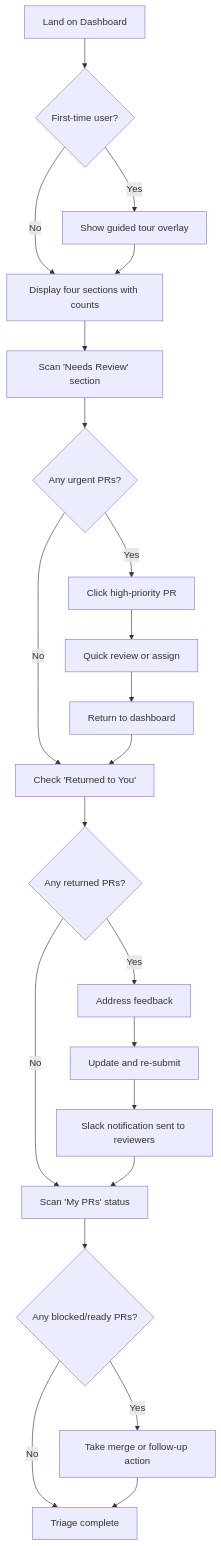
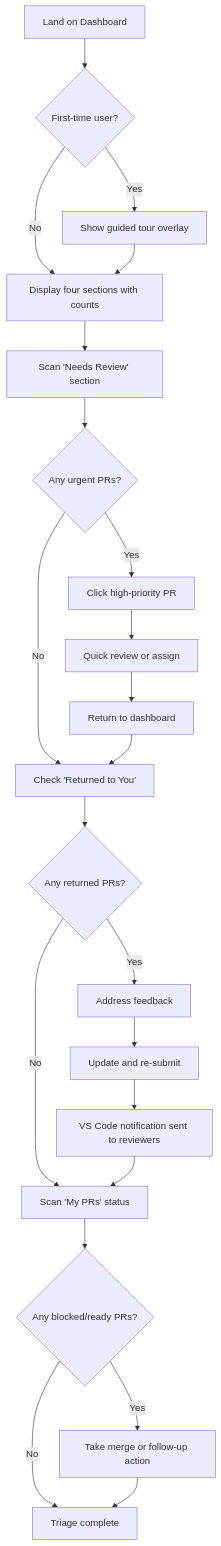
The second of 3 diagrams in docs/front-end-spec.md (aviram-shubeili/code-flow), drawn with Mermaid before and after one commit. The commit also changed other lines of this file and 407 other files, not shown here.

````diff
--- a/docs/front-end-spec.md
+++ b/docs/front-end-spec.md
@@ -97,30 +97,30 @@
 ```mermaid
 graph TD
     A[Land on Dashboard] --> B{First-time user?}
     B -->|Yes| C[Show guided tour overlay]
     B -->|No| D[Display four sections with counts]
 
     C --> D
     D --> E[Scan 'Needs Review' section]
     E --> F{Any urgent PRs?}
     F -->|Yes| G[Click high-priority PR]
     F -->|No| H[Check 'Returned to You']
 
     G --> I[Quick review or assign]
     I --> J[Return to dashboard]
     J --> H
 
     H --> K{Any returned PRs?}
     K -->|Yes| L[Address feedback]
     K -->|No| M[Scan 'My PRs' status]
 
     L --> N[Update and re-submit]
-    N --> O[Slack notification sent to reviewers]
+    N --> O[VS Code notification sent to reviewers]
     O --> M
 
     M --> P{Any blocked/ready PRs?}
     P -->|Yes| Q[Take merge or follow-up action]
     P -->|No| R[Triage complete]
 
     Q --> R
 ```
````
